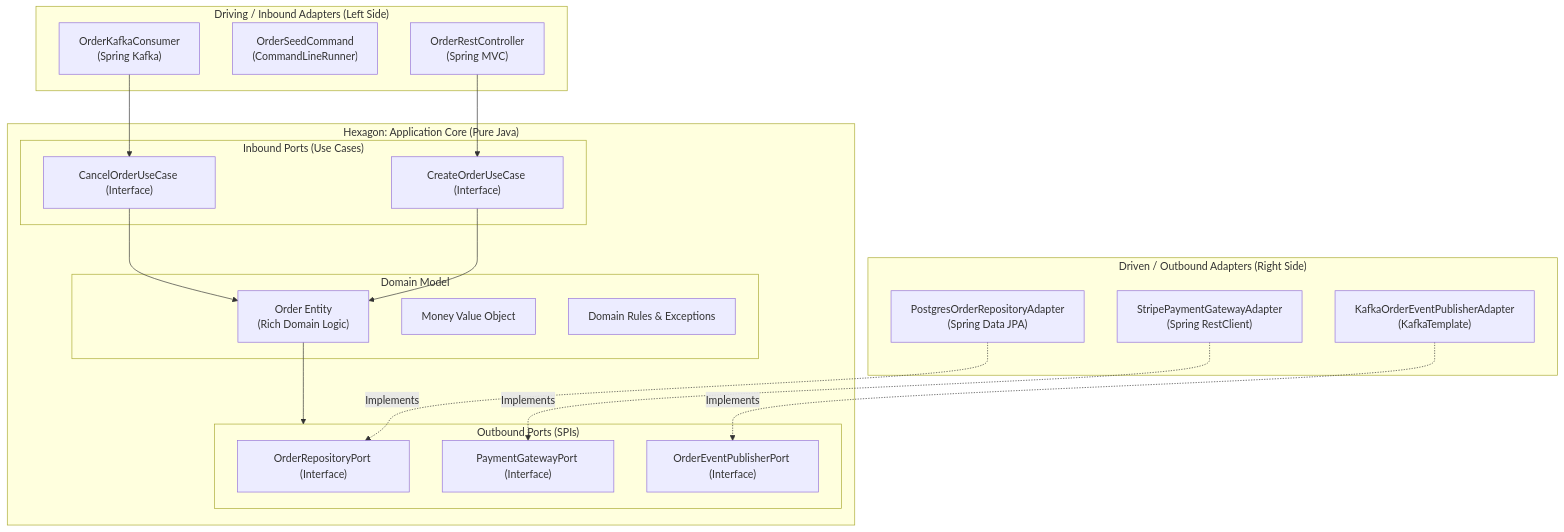
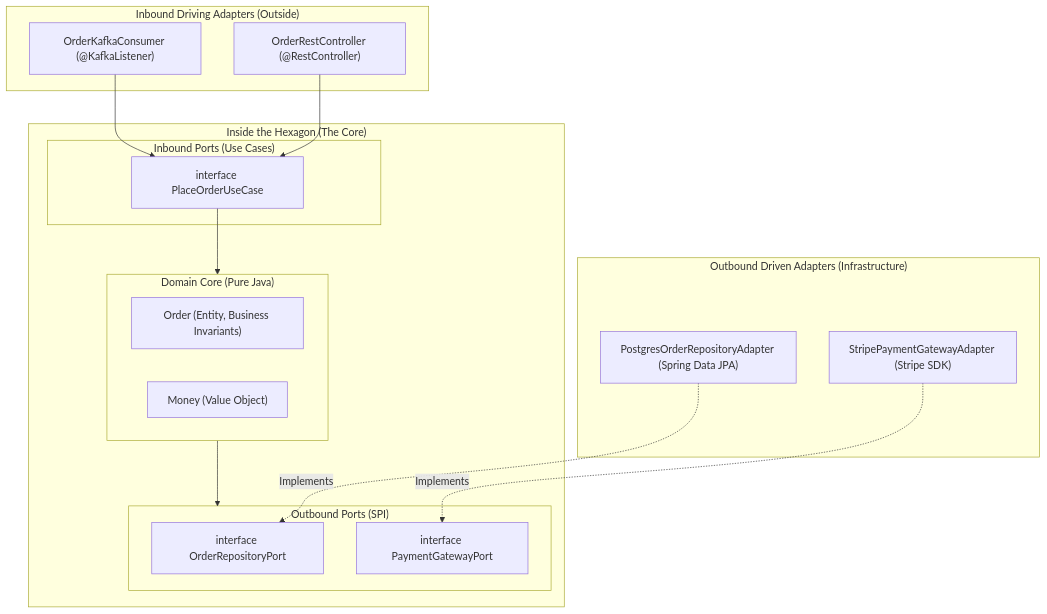
One commit to weaponxwolf/backend-engineering-mastry changed the third of 3 diagrams in docs/spring-boot/project-structure.mdx. Above: the diagram before and after it, drawn with Mermaid. The commit also changed other lines of this file and 11 other files, not shown here.

````diff
--- a/docs/spring-boot/project-structure.mdx
+++ b/docs/spring-boot/project-structure.mdx
@@ -116,40 +141,35 @@
 ```mermaid
 flowchart TD
-    subgraph DrivingAdapters ["Driving / Inbound Adapters (Left Side)"]
-        REST["OrderRestController<br/>(Spring MVC)"]
-        CLI["OrderSeedCommand<br/>(CommandLineRunner)"]
-        Consumer["OrderKafkaConsumer<br/>(Spring Kafka)"]
+    subgraph DrivingAdapters ["Inbound Driving Adapters (Outside)"]
+        REST["OrderRestController (@RestController)"]
+        KafkaCons["OrderKafkaConsumer (@KafkaListener)"]
     end
 
-    subgraph ApplicationCore ["Hexagon: Application Core (Pure Java)"]
+    subgraph Hexagon ["Inside the Hexagon (The Core)"]
         subgraph InboundPorts ["Inbound Ports (Use Cases)"]
-            UC1["CreateOrderUseCase (Interface)"]
-            UC2["CancelOrderUseCase (Interface)"]
+            PlaceOrderUC["interface PlaceOrderUseCase"]
         end
-        subgraph DomainModel ["Domain Model"]
-            Entity["Order Entity<br/>(Rich Domain Logic)"]
-            VO["Money Value Object"]
-            Rule["Domain Rules & Exceptions"]
+
+        subgraph DomainCore ["Domain Core (Pure Java)"]
+            OrderEntity["Order (Entity, Business Invariants)"]
+            MoneyVO["Money (Value Object)"]
         end
-        subgraph OutboundPorts ["Outbound Ports (SPIs)"]
-            RepoPort["OrderRepositoryPort (Interface)"]
-            PaymentPort["PaymentGatewayPort (Interface)"]
-            EventPort["OrderEventPublisherPort (Interface)"]
+
+        subgraph OutboundPorts ["Outbound Ports (SPI)"]
+            OrderRepoPort["interface OrderRepositoryPort"]
+            PaymentPort["interface PaymentGatewayPort"]
         end
     end
 
-    subgraph DrivenAdapters ["Driven / Outbound Adapters (Right Side)"]
-        PostgresAdapter["PostgresOrderRepositoryAdapter<br/>(Spring Data JPA)"]
-        StripeAdapter["StripePaymentGatewayAdapter<br/>(Spring RestClient)"]
-        KafkaAdapter["KafkaOrderEventPublisherAdapter<br/>(KafkaTemplate)"]
+    subgraph DrivenAdapters ["Outbound Driven Adapters (Infrastructure)"]
+        PostgresRepo["PostgresOrderRepositoryAdapter (Spring Data JPA)"]
+        StripeAdapter["StripePaymentGatewayAdapter (Stripe SDK)"]
     end
 
-    REST --> UC1
-    Consumer --> UC2
-    UC1 --> Entity
-    UC2 --> Entity
-    Entity --> OutboundPorts
-    PostgresAdapter -.->|Implements| RepoPort
+    REST --> PlaceOrderUC
+    KafkaCons --> PlaceOrderUC
+    PlaceOrderUC --> DomainCore
+    DomainCore --> OutboundPorts
+    PostgresRepo -.->|Implements| OrderRepoPort
     StripeAdapter -.->|Implements| PaymentPort
-    KafkaAdapter -.->|Implements| EventPort
 ```
````
